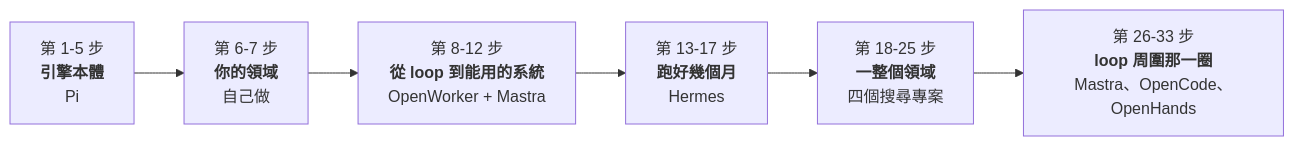
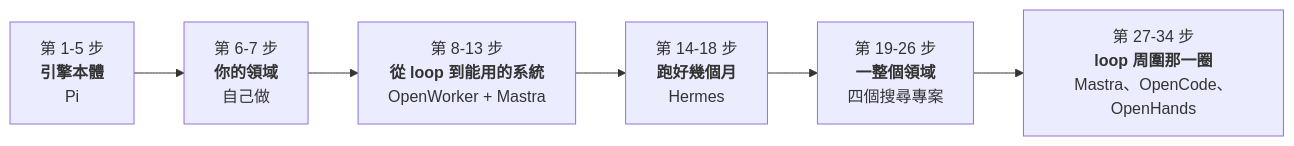
Before and after one commit to whereissam/learn-agent-engineering-from-production: the second of 2 diagrams in README.zh-TW.md, drawn with Mermaid. The commit also changed other lines of this file and 12 other files, not shown here.

````diff
--- a/README.zh-TW.md
+++ b/README.zh-TW.md
@@ -63,8 +63,8 @@
 ```mermaid
 flowchart LR
     P1["第 1-5 步<br/><b>引擎本體</b><br/>Pi"] --> P2["第 6-7 步<br/><b>你的領域</b><br/>自己做"]
-    P2 --> P3["第 8-12 步<br/><b>從 loop 到能用的系統</b><br/>OpenWorker + Mastra"]
-    P3 --> P4["第 13-17 步<br/><b>跑好幾個月</b><br/>Hermes"]
-    P4 --> P5["第 18-25 步<br/><b>一整個領域</b><br/>四個搜尋專案"]
-    P5 --> P6["第 26-33 步<br/><b>loop 周圍那一圈</b><br/>Mastra、OpenCode、OpenHands"]
+    P2 --> P3["第 8-13 步<br/><b>從 loop 到能用的系統</b><br/>OpenWorker + Mastra"]
+    P3 --> P4["第 14-18 步<br/><b>跑好幾個月</b><br/>Hermes"]
+    P4 --> P5["第 19-26 步<br/><b>一整個領域</b><br/>四個搜尋專案"]
+    P5 --> P6["第 27-34 步<br/><b>loop 周圍那一圈</b><br/>Mastra、OpenCode、OpenHands"]
 ```
````
